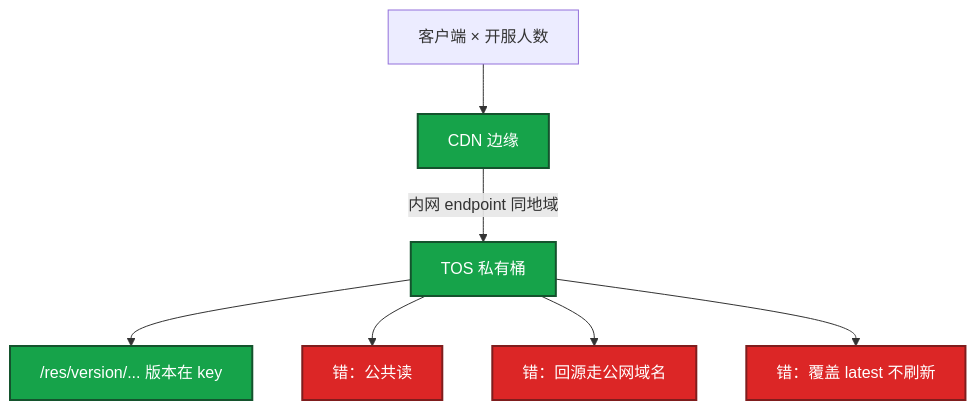
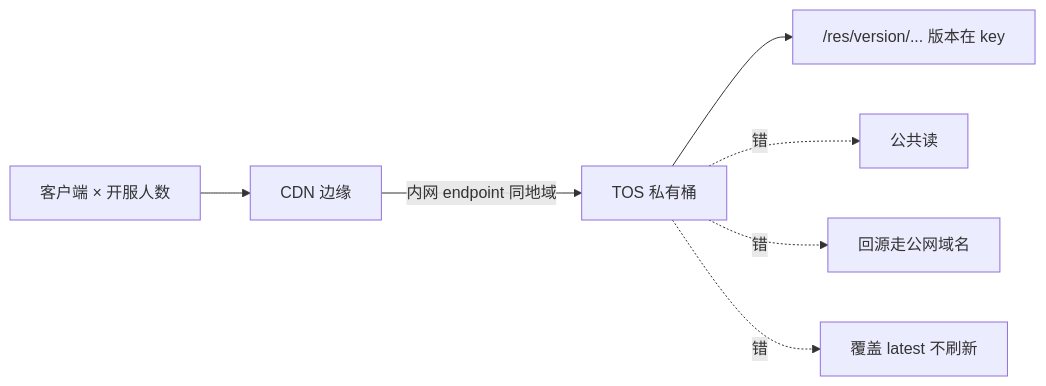
The fourth of 5 diagrams in 06-云平台/08-火山引擎生产/知识点.md (ml-cuizijun/LearnToLilith), drawn with Mermaid before and after one commit. The commit also changed other lines of this file and 470 other files, not shown here.

````diff
--- a/06-云平台/08-火山引擎生产/知识点.md
+++ b/06-云平台/08-火山引擎生产/知识点.md
@@ -232,14 +242,9 @@
 ```mermaid
-flowchart TB
-    cli[客户端 × 开服人数] --> cdn[CDN 边缘]
-    cdn -->|"内网 endpoint 同地域"| tos[TOS 私有桶]
-    tos --> k["/res/version/... 版本在 key"]
-    tos --> bad1[错：公共读]
-    tos --> bad2[错：回源走公网域名]
-    tos --> bad3[错：覆盖 latest 不刷新]
-
-    classDef ok fill:#16A34A,stroke:#14532D,stroke-width:2px,color:#fff
-    classDef bad fill:#DC2626,stroke:#7F1D1D,stroke-width:2px,color:#fff
-    class cdn,tos,k ok
-    class bad1,bad2,bad3 bad
+flowchart LR
+    CLI["客户端 × 开服人数"] --> CDN["CDN 边缘"]
+    CDN -->|"内网 endpoint 同地域"| TOS["TOS 私有桶"]
+    TOS --> KEY["/res/version/... 版本在 key"]
+    TOS -.->|错| BAD1["公共读"]
+    TOS -.->|错| BAD2["回源走公网域名"]
+    TOS -.->|错| BAD3["覆盖 latest 不刷新"]
 ```
````
